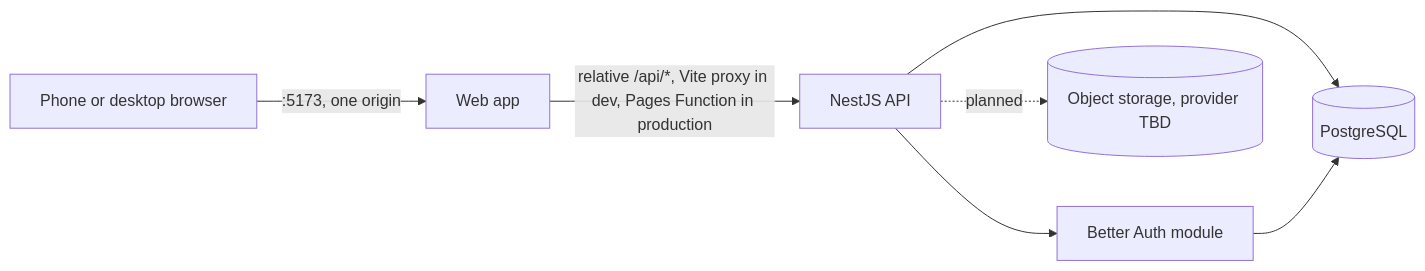
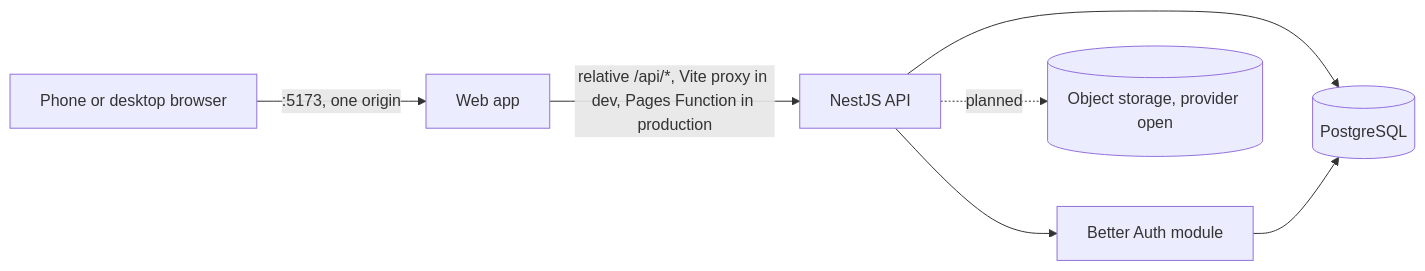
Before and after one commit to BluPrint-Engineering/bluprint-app: the diagram in docs/ARCHITECTURE.md, drawn with Mermaid. The commit also changed other lines of this file and 8 other files, not shown here.

````diff
--- a/docs/ARCHITECTURE.md
+++ b/docs/ARCHITECTURE.md
@@ -82,9 +82,9 @@
 ```mermaid
 flowchart LR
   user[Phone or desktop browser] -->|":5173, one origin"| web[Web app]
   web -->|"relative /api/*, Vite proxy in dev, Pages Function in production"| api[NestJS API]
   api --> auth[Better Auth module]
   api --> pg[(PostgreSQL)]
   auth --> pg
-  api -.->|planned| s3[(Object storage, provider TBD)]
+  api -.->|planned| s3[(Object storage, provider open)]
 ```
````
